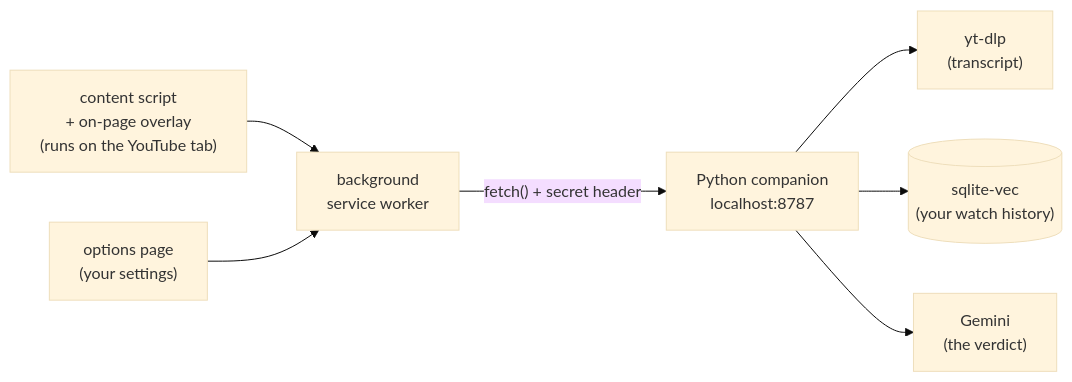
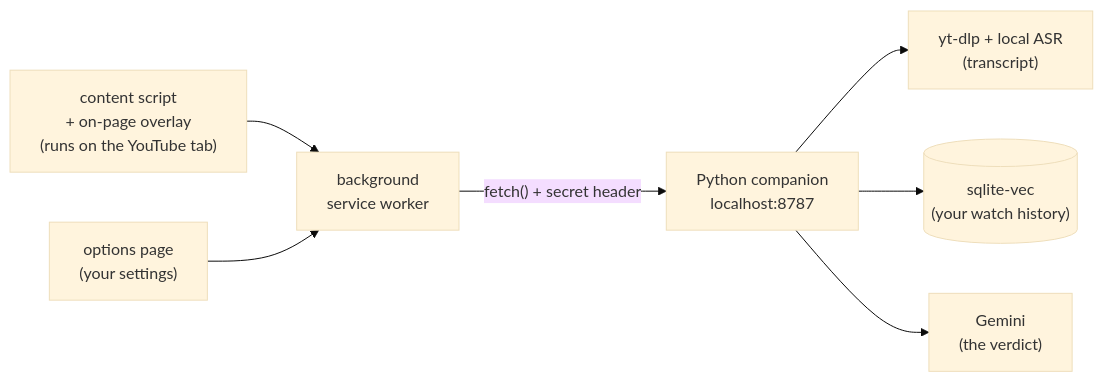
One commit to naveenk2k/groundhog changed the diagram in README.md. Above: the diagram before and after it, drawn with Mermaid (base theme). The commit also changed other lines of this file, not shown here.

Commit message:
docs: explain transcript fallback and reuse

````diff
--- a/README.md
+++ b/README.md
@@ -67,9 +67,9 @@
 ```mermaid
 flowchart LR
     CS["content script<br/>+ on-page overlay<br/>(runs on the YouTube tab)"] --> BG["background<br/>service worker"]
     OPT["options page<br/>(your settings)"] --> BG
     BG -- "fetch() + secret header" --> API["Python companion<br/>localhost:8787"]
-    API --> YTD["yt-dlp<br/>(transcript)"]
+    API --> YTD["yt-dlp + local ASR<br/>(transcript)"]
     API --> DB[("sqlite-vec<br/>(your watch history)")]
     API --> GEM["Gemini<br/>(the verdict)"]
 ```
````
